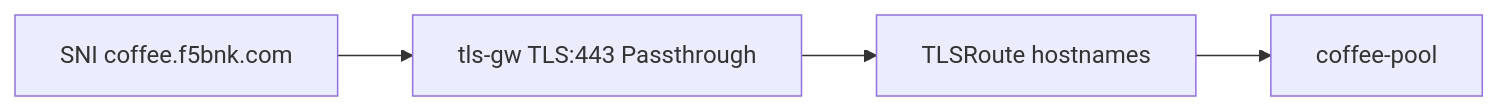
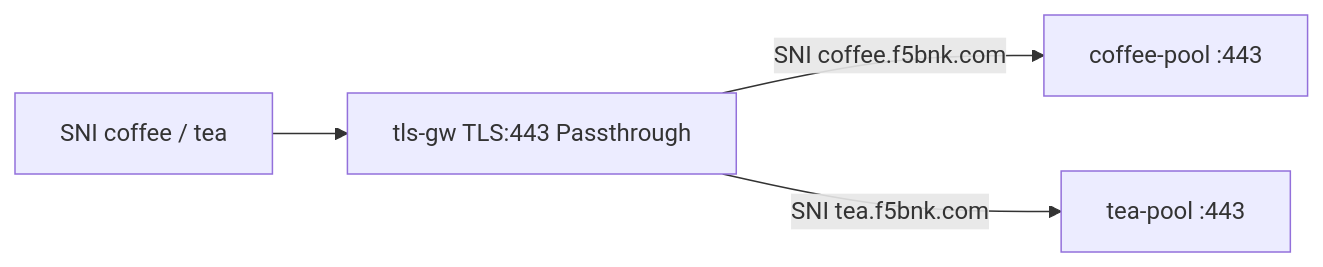
Before and after one commit to mink0119/2609_f5bnk: the diagram in Advanced_Feature/3.3_TLSRoute_HostnameSNI/README.md, drawn with Mermaid. The commit also changed other lines of this file and 80 other files, not shown here.

````diff
--- a/Advanced_Feature/3.3_TLSRoute_HostnameSNI/README.md
+++ b/Advanced_Feature/3.3_TLSRoute_HostnameSNI/README.md
@@ -5,6 +9,6 @@
 ```mermaid
 flowchart LR
-  C["SNI coffee.f5bnk.com"] --> GW["tls-gw TLS:443 Passthrough"]
-  GW --> R[TLSRoute hostnames]
-  R --> P1[coffee-pool]
+  C["SNI coffee / tea"] --> GW["tls-gw TLS:443 Passthrough"]
+  GW -->|SNI coffee.f5bnk.com| P1[coffee-pool :443]
+  GW -->|SNI tea.f5bnk.com| P2[tea-pool :443]
 ```
````
